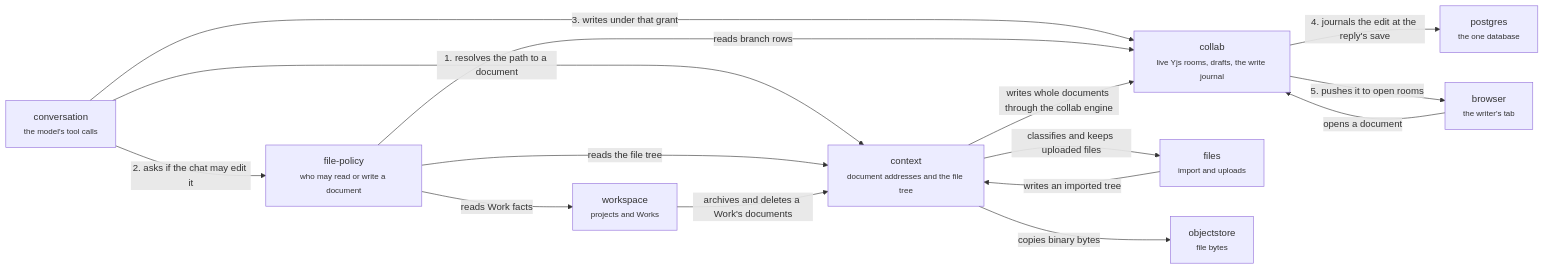
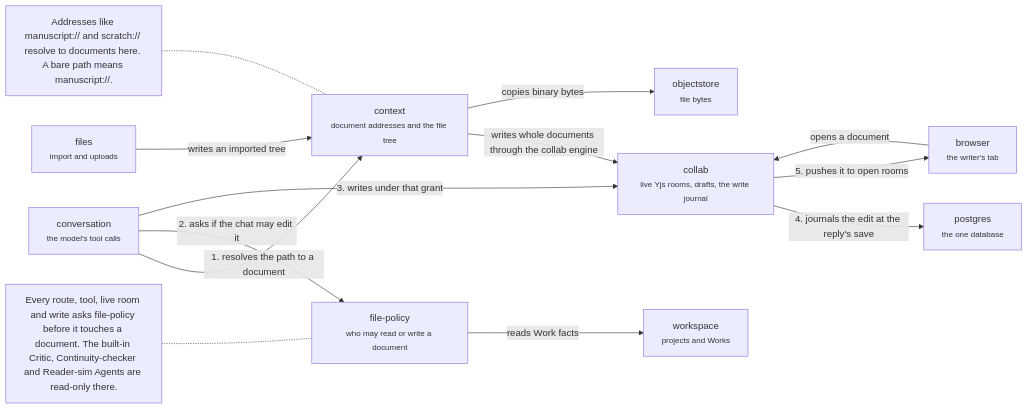
The diagram in .context/system-architecture/server-documents.md (haowjy/meridian-flow), drawn with Mermaid before and after one commit. The commit also changed 13 other files, not shown here.

````diff
--- a/.context/system-architecture/server-documents.md
+++ b/.context/system-architecture/server-documents.md
@@ -5,26 +5,26 @@
 ```mermaid
 flowchart LR
   collab["collab<br/><small>live Yjs rooms, drafts, the write journal</small>"]:::domain
   context["context<br/><small>document addresses and the file tree</small>"]:::domain
   file-policy["file-policy<br/><small>who may read or write a document</small>"]:::domain
   conversation["conversation<br/><small>the model's tool calls</small>"]:::context
   workspace["workspace<br/><small>projects and Works</small>"]:::context
   files["files<br/><small>import and uploads</small>"]:::context
   browser["browser<br/><small>the writer's tab</small>"]:::context
   postgres["postgres<br/><small>the one database</small>"]:::context
   objectstore["objectstore<br/><small>file bytes</small>"]:::context
   conversation -->|"1. resolves the path to a document"| context
   conversation -->|"2. asks if the chat may edit it"| file-policy
   conversation -->|"3. writes under that grant"| collab
   collab -->|"4. journals the edit at the reply's save"| postgres
   collab -->|"5. pushes it to open rooms"| browser
   browser -->|"opens a document"| collab
   file-policy -->|"reads Work facts"| workspace
-  file-policy -->|"reads branch rows"| collab
-  file-policy -->|"reads the file tree"| context
   context -->|"writes whole documents through the collab engine"| collab
-  workspace -->|"archives and deletes a Work's documents"| context
   files -->|"writes an imported tree"| context
-  context -->|"classifies and keeps uploaded files"| files
   context -->|"copies binary bytes"| objectstore
+  note1["Every route, tool, live room and write asks file-policy before it touches a document. The built-in Critic, Continuity-checker and Reader-sim Agents are read-only there."]:::note
+  note1 -.- file-policy
+  note2["Addresses like manuscript:// and scratch:// resolve to documents here. A bare path means manuscript://."]:::note
+  note2 -.- context
 ```
````
